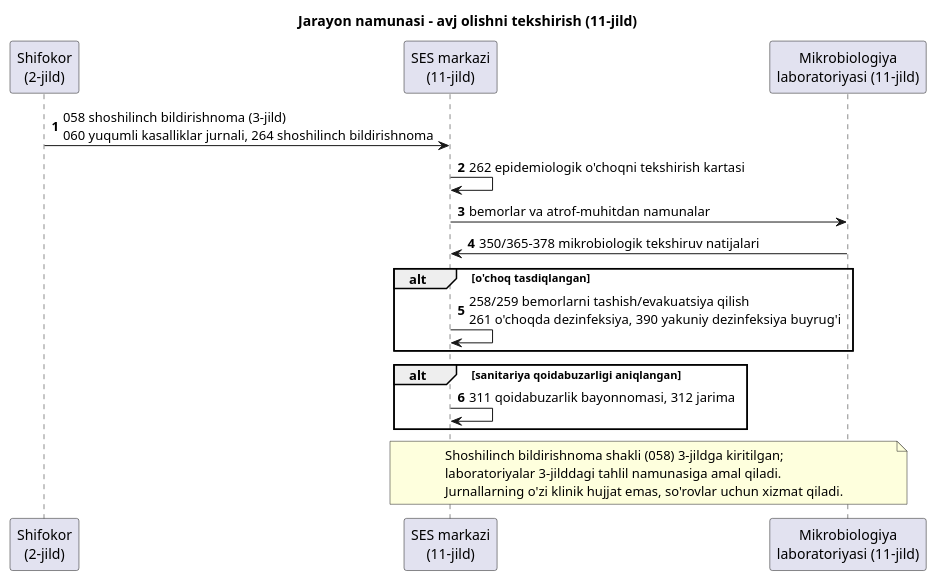
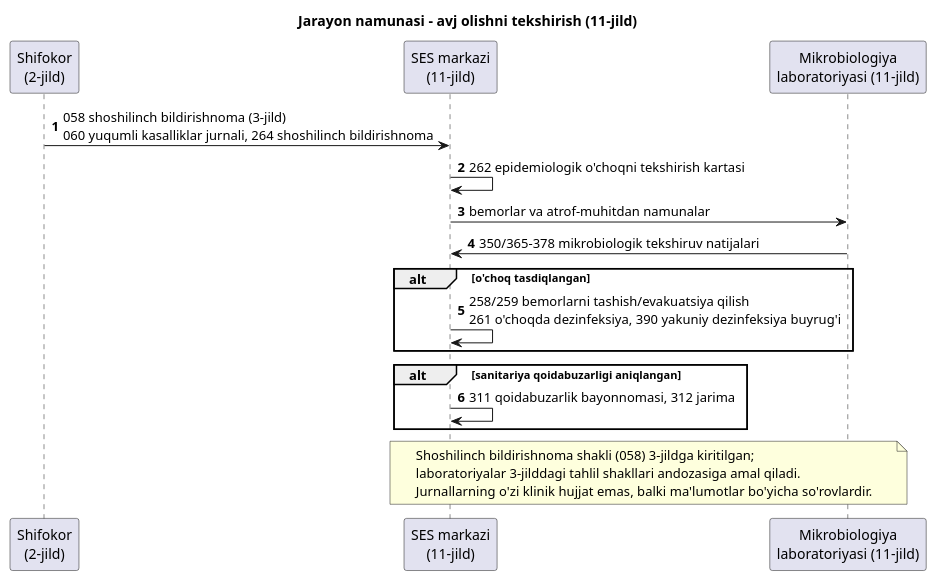
The diagram in input/images-source/forms-vol11-flow-uz.plantuml (uzinfocom-org/digital-health-integration), drawn with PlantUML before and after one commit. The commit also changed 30 other files, not shown here.

```diff
--- a/input/images-source/forms-vol11-flow-uz.plantuml
+++ b/input/images-source/forms-vol11-flow-uz.plantuml
@@ -1,25 +1,25 @@
 @startuml forms-vol11-flow-uz
 title Jarayon namunasi - avj olishni tekshirish (11-jild)
 autonumber
 
 participant "Shifokor\n(2-jild)" as DR
 participant "SES markazi\n(11-jild)" as SES
 participant "Mikrobiologiya\nlaboratoriyasi (11-jild)" as LAB
 
 DR -> SES : 058 shoshilinch bildirishnoma (3-jild)\n060 yuqumli kasalliklar jurnali, 264 shoshilinch bildirishnoma
 SES -> SES : 262 epidemiologik o'choqni tekshirish kartasi
 SES -> LAB : bemorlar va atrof-muhitdan namunalar
 LAB -> SES : 350/365-378 mikrobiologik tekshiruv natijalari
 alt o'choq tasdiqlangan
   SES -> SES : 258/259 bemorlarni tashish/evakuatsiya qilish\n261 o'choqda dezinfeksiya, 390 yakuniy dezinfeksiya buyrug'i
 end
 alt sanitariya qoidabuzarligi aniqlangan
   SES -> SES : 311 qoidabuzarlik bayonnomasi, 312 jarima
 end
 
 note over SES, LAB
   Shoshilinch bildirishnoma shakli (058) 3-jildga kiritilgan;
-  laboratoriyalar 3-jilddagi tahlil namunasiga amal qiladi.
-  Jurnallarning o'zi klinik hujjat emas, so'rovlar uchun xizmat qiladi.
+  laboratoriyalar 3-jilddagi tahlil shakllari andozasiga amal qiladi.
+  Jurnallarning o'zi klinik hujjat emas, balki ma'lumotlar bo'yicha so'rovlardir.
 end note
 @enduml
```
